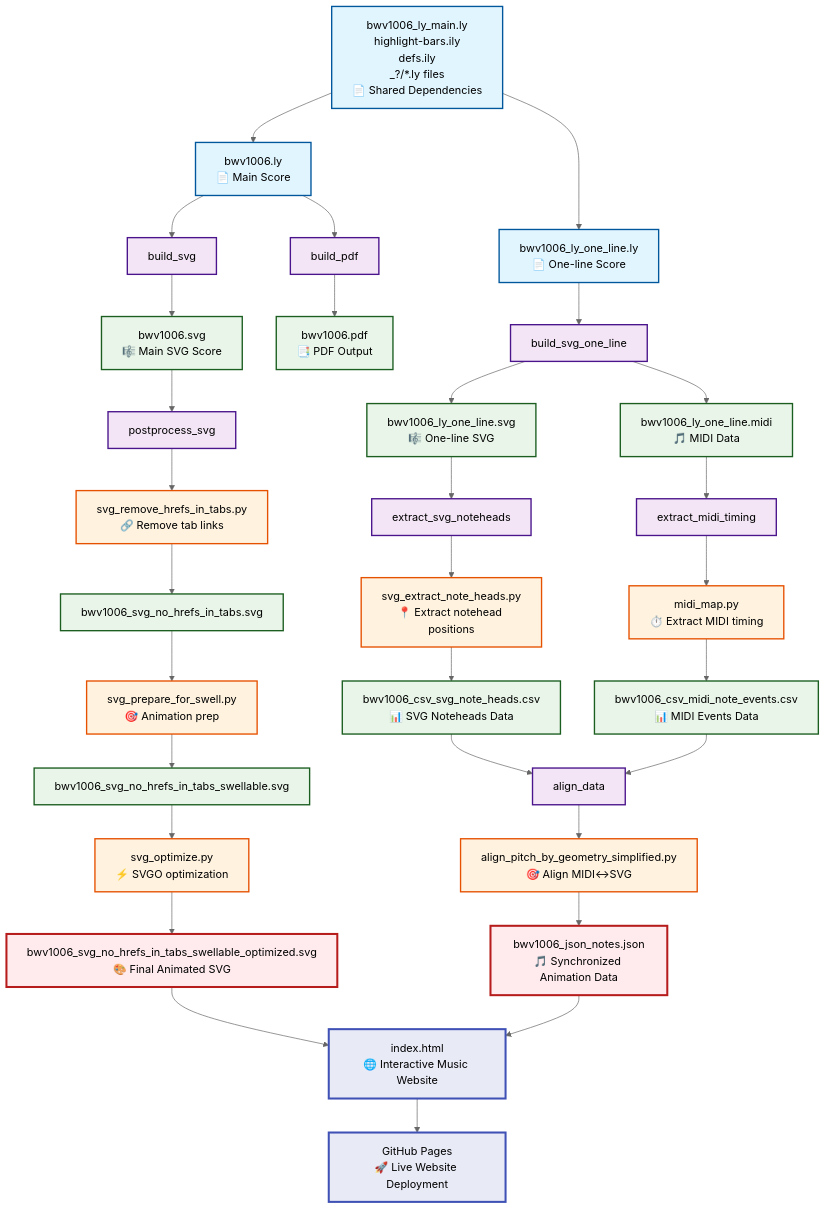
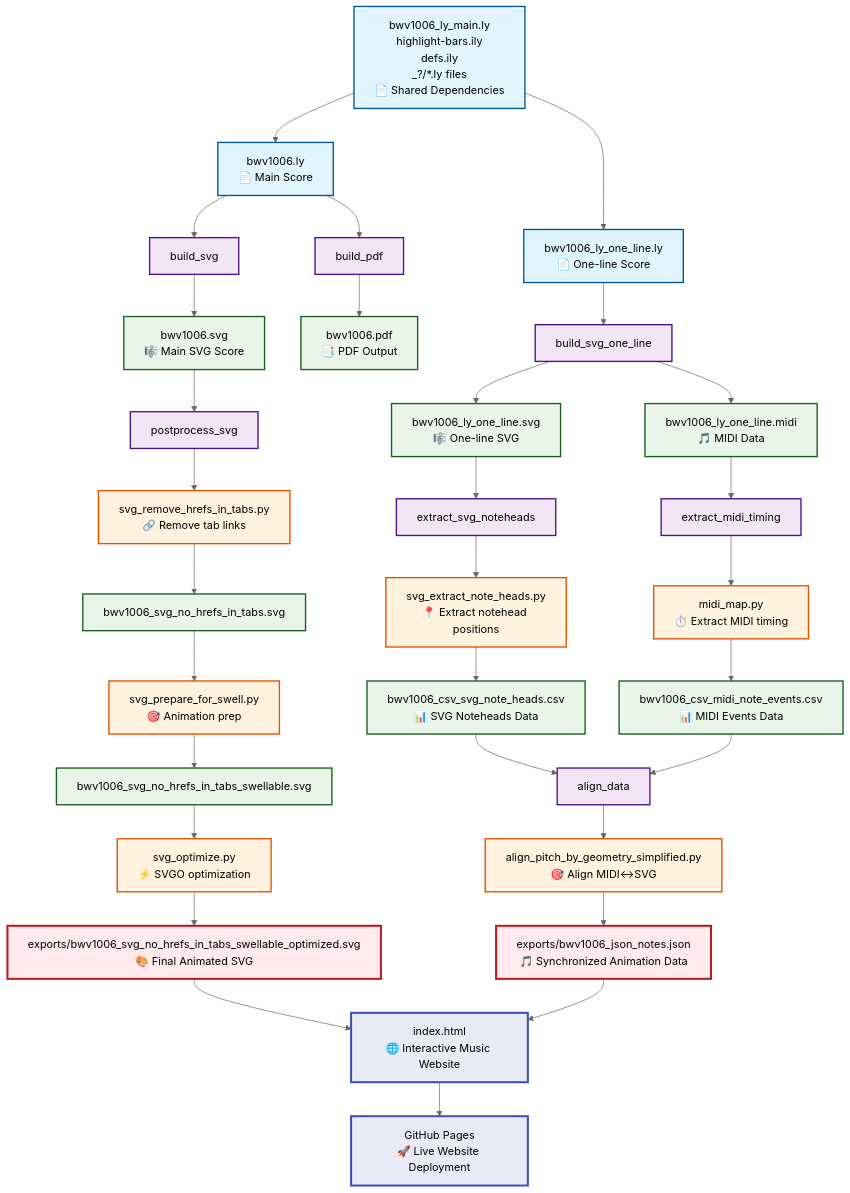
The diagram in tasks.mmd (cthiebaud/bwv1006), drawn with Mermaid before and after one commit. The commit also changed 8 other files, not shown here.

```diff
--- a/tasks.mmd
+++ b/tasks.mmd
@@ -1,66 +1,66 @@
 %%{init: {'theme':'neutral'}}%%
 graph TD
     %% Input Sources
     A[bwv1006.ly<br/>📄 Main Score] --> B[build_pdf]
     A --> C[build_svg]
     
     A1[bwv1006_ly_one_line.ly<br/>📄 One-line Score] --> D[build_svg_one_line]
     
     A2[bwv1006_ly_main.ly<br/>highlight-bars.ily<br/>defs.ily<br/>_?/*.ly files<br/>📄 Shared Dependencies] --> A
     A2 --> A1
     
     %% PDF Generation
     B --> B1[bwv1006.pdf<br/>📑 PDF Output]
     
     %% SVG Generation Chain
     C --> C1[bwv1006.svg<br/>🎼 Main SVG Score]
     C1 --> E[postprocess_svg]
     
     %% SVG Post-processing Pipeline
     E --> E1[svg_remove_hrefs_in_tabs.py<br/>🔗 Remove tab links]
     E1 --> E2[bwv1006_svg_no_hrefs_in_tabs.svg]
     
     E2 --> E3[svg_prepare_for_swell.py<br/>🎯 Animation prep]
     E3 --> E4[bwv1006_svg_no_hrefs_in_tabs_swellable.svg]
     
     E4 --> E5[svg_optimize.py<br/>⚡ SVGO optimization]
-    E5 --> E6[bwv1006_svg_no_hrefs_in_tabs_swellable_optimized.svg<br/>🎨 Final Animated SVG]
+    E5 --> E6[exports/bwv1006_svg_no_hrefs_in_tabs_swellable_optimized.svg<br/>🎨 Final Animated SVG]
     
     %% One-line SVG and MIDI Generation
     D --> D1[bwv1006_ly_one_line.svg<br/>🎼 One-line SVG]
     D --> D2[bwv1006_ly_one_line.midi<br/>🎵 MIDI Data]
     
     %% Parallel Data Extraction
     D1 --> F[extract_svg_noteheads]    
     F --> F1[svg_extract_note_heads.py<br/>📍 Extract notehead positions]
     F1 --> F2[bwv1006_csv_svg_note_heads.csv<br/>📊 SVG Noteheads Data]
     
     D2 --> G[extract_midi_timing]
     G --> G1[midi_map.py<br/>⏱️ Extract MIDI timing]
     G1 --> G2[bwv1006_csv_midi_note_events.csv<br/>📊 MIDI Events Data]
     
     %% Data Alignment (requires both CSV files)
     F2 --> H[align_data]
     G2 --> H
     H --> H1[align_pitch_by_geometry_simplified.py<br/>🎯 Align MIDI↔SVG]
-    H1 --> H2[bwv1006_json_notes.json<br/>🎵 Synchronized Animation Data]
+    H1 --> H2[exports/bwv1006_json_notes.json<br/>🎵 Synchronized Animation Data]
     
     %% Web Deployment
     E6 --> I[index.html<br/>🌐 Interactive Music Website]
     H2 --> I
     I --> I1[GitHub Pages<br/>🚀 Live Website Deployment]
     
     %% Styling
     classDef inputFile fill:#e1f5fe,stroke:#01579b,stroke-width:2px
     classDef task fill:#f3e5f5,stroke:#4a148c,stroke-width:2px
     classDef outputFile fill:#e8f5e8,stroke:#1b5e20,stroke-width:2px
     classDef script fill:#fff3e0,stroke:#e65100,stroke-width:2px
     classDef finalOutput fill:#ffebee,stroke:#b71c1c,stroke-width:3px
     classDef webDeployment fill:#e8eaf6,stroke:#3f51b5,stroke-width:3px
     
     class A,A1,A2 inputFile
     class B,C,D,E,F,G,H task
     class B1,C1,D1,D2,E2,E4,F2,G2 outputFile
     class E1,E3,E5,F1,G1,H1 script
     class E6,H2 finalOutput
     class I,I1 webDeployment
```
